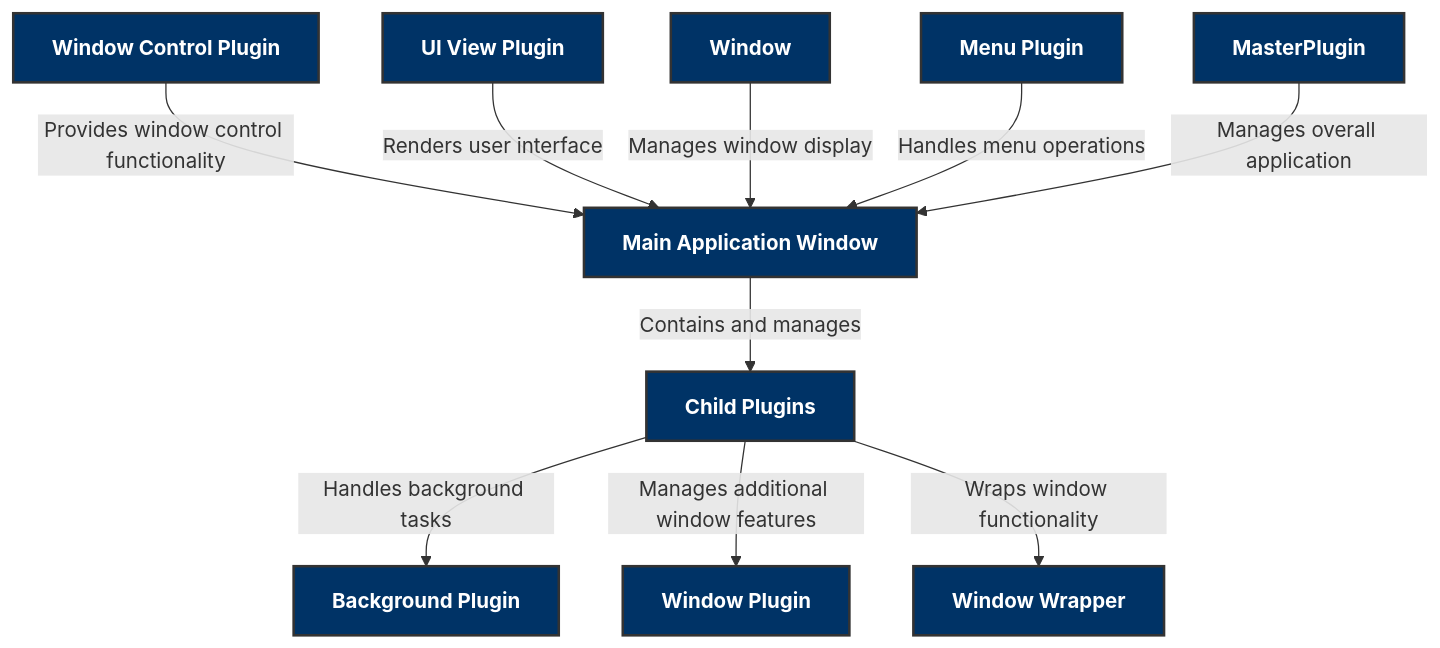
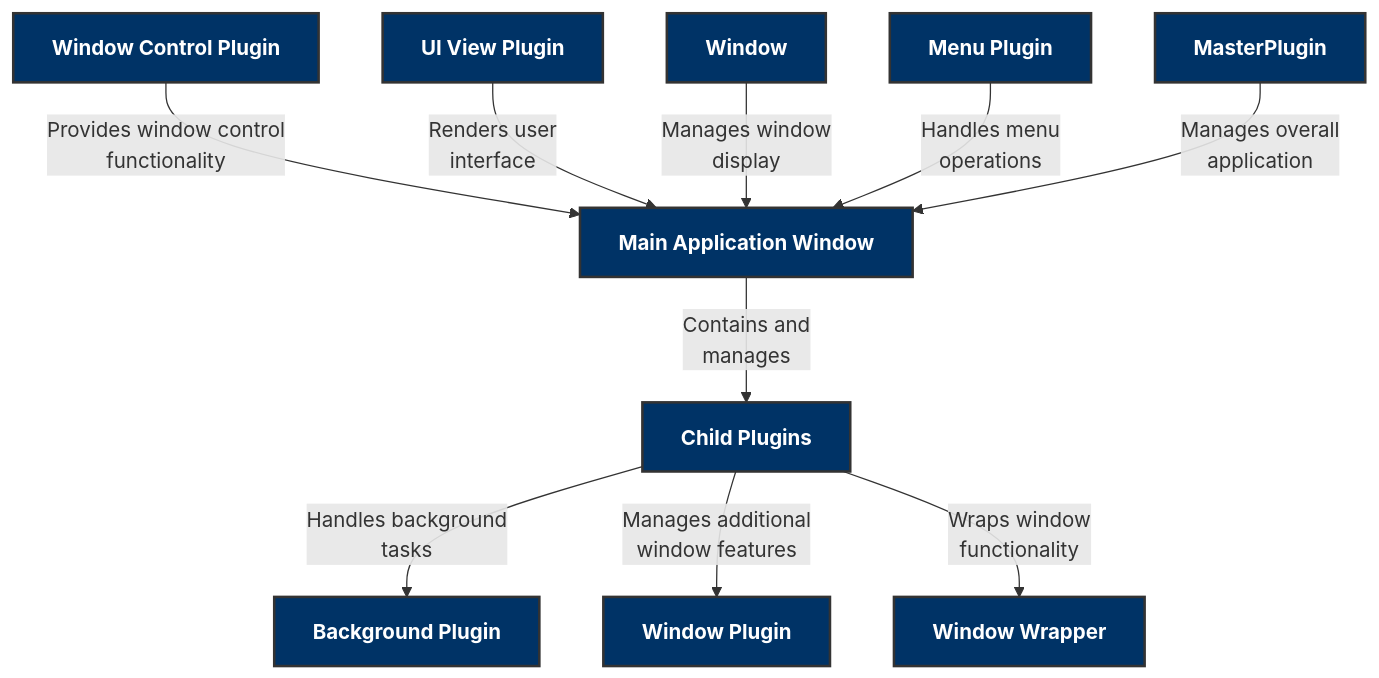
One commit to drekay/Tauri-Eframe-Native-App-Toolkit changed the diagram in README.md. Above: the diagram before and after it, drawn with Mermaid. The commit also changed other lines of this file, not shown here.

````diff
--- a/README.md
+++ b/README.md
@@ -28,26 +28,26 @@
 ```mermaid
 graph TD
     style MainApp fill:#003366,stroke:#333,stroke-width:2px;
     classDef default fill:#003366,stroke:#333,stroke-width:2px,color:#ffffff,font-weight:bold;
 
     WindowControl[Window Control Plugin]
     UIView[UI View Plugin]
     Window[Window]
     MenuPlugin[Menu Plugin]
     MainApp[Main Application Window]
     
-    WindowControl -->|Provides window control functionality| MainApp
-    UIView -->|Renders user interface| MainApp
-    Window -->|Manages window display| MainApp
-    MenuPlugin -->|Handles menu operations| MainApp
+    WindowControl -->|Provides window control <br> functionality| MainApp
+    UIView -->|Renders user <br> interface| MainApp
+    Window -->|Manages window <br> display| MainApp
+    MenuPlugin -->|Handles menu \n operations| MainApp
 
-    MasterPlugin[MasterPlugin] -->|Manages overall application| MainApp
+    MasterPlugin[MasterPlugin] -->|Manages overall <br> application| MainApp
     
-    MainApp -->|Contains and manages| ChildPlugins[Child Plugins]
-    ChildPlugins -->|Handles background tasks| BackgroundPlugin[Background Plugin]
-    ChildPlugins -->|Manages additional window features| WindowPlugin[Window Plugin]
-    ChildPlugins -->|Wraps window functionality| WindowWrapper[Window Wrapper]
+    MainApp -->|Contains and \n manages| ChildPlugins[Child Plugins]
+    ChildPlugins -->|Handles background <br> tasks| BackgroundPlugin[Background Plugin]
+    ChildPlugins -->|Manages additional <br> window features| WindowPlugin[Window Plugin]
+    ChildPlugins -->|Wraps window <br> functionality| WindowWrapper[Window Wrapper]
 
     %% Apply the default class to all nodes for styling
     class WindowControl,UIView,Window,MenuPlugin,MainApp,MasterPlugin,ChildPlugins,BackgroundPlugin,WindowPlugin,WindowWrapper default
 ```
````
